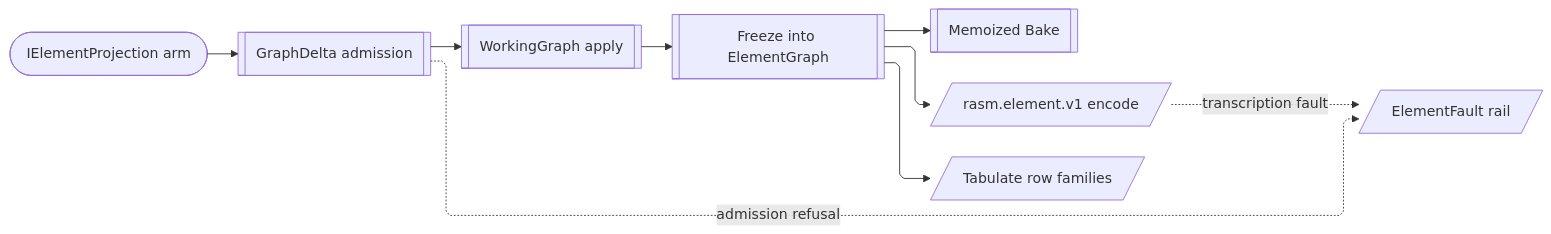
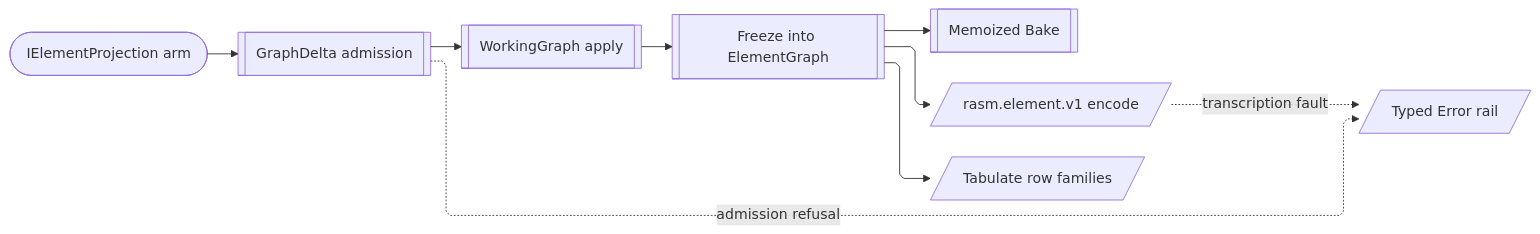
One commit to bsamiee/Rasm changed the fourth of 4 diagrams in libs/csharp/Rasm.Element/ARCHITECTURE.md. Above: the diagram before and after it, drawn with Mermaid. The commit also changed other lines of this file and 272 other files, not shown here.

````diff
--- a/libs/csharp/Rasm.Element/ARCHITECTURE.md
+++ b/libs/csharp/Rasm.Element/ARCHITECTURE.md
@@ -245,20 +245,20 @@
 ```mermaid
 ---
 config:
   layout: elk
   flowchart:
     curve: linear
     padding: 25
 ---
 flowchart LR
     accTitle: Rasm.Element graph spine
     accDescr: How a projected delta becomes the frozen graph every consumer bakes, tables, and wires with no second stored record.
     Provider(["IElementProjection arm"]) e1@--> Admit[[GraphDelta admission]]
     Admit e2@--> Working[[WorkingGraph apply]]
     Working e3@--> Freeze[[Freeze into ElementGraph]]
     Freeze e4@--> Bake[[Memoized Bake]]
     Freeze e5@--> WireEg[/rasm.element.v1 encode/]
     Freeze e6@--> TableEg[/Tabulate row families/]
-    Admit f1@-.->|"admission refusal"| Fault[/ElementFault rail/]
+    Admit f1@-.->|"admission refusal"| Fault[/Typed Error rail/]
     WireEg f2@-.->|"transcription fault"| Fault
 ```
````
